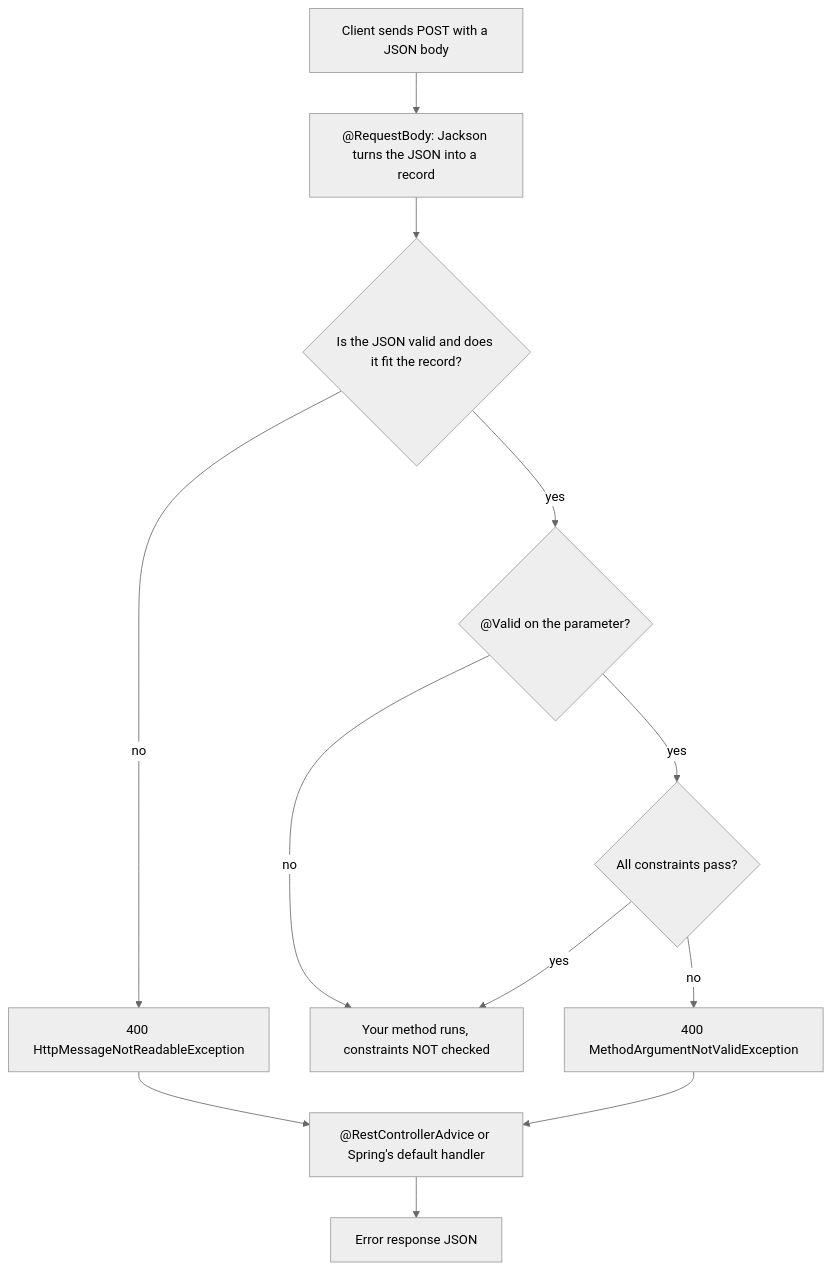
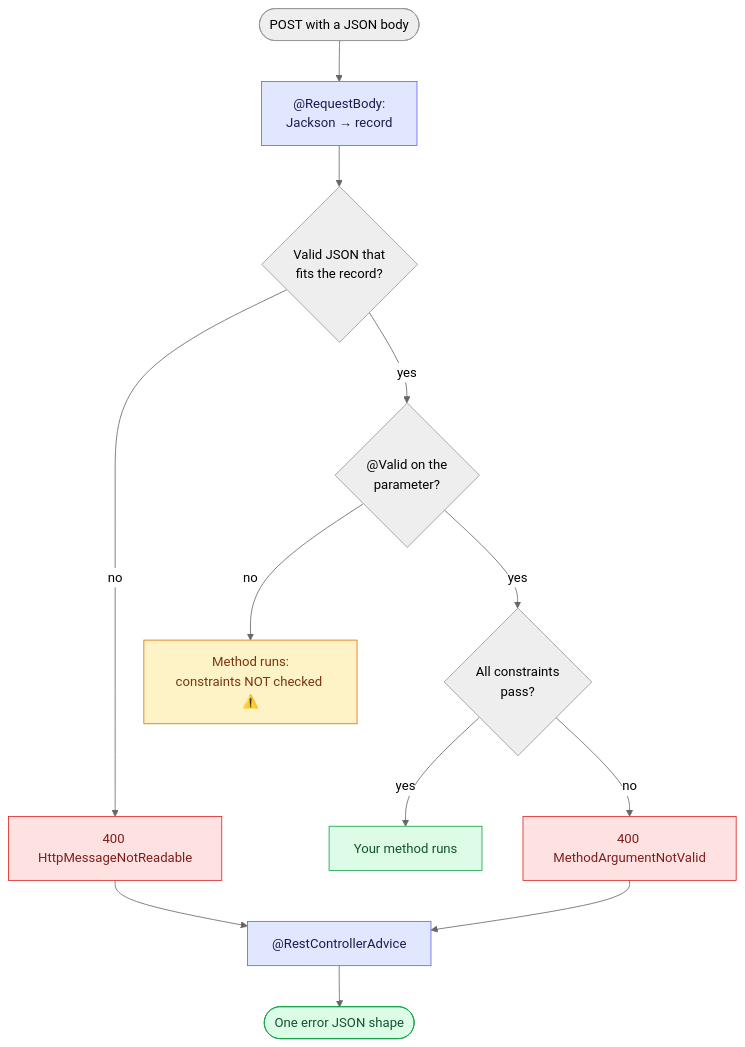
Before and after one commit to Sriram-Karthick-k/progress-tracker: the second of 2 diagrams in content/notes/spring-boot-system-design/01-spring-boot-basics/validation-and-error-handling.md, drawn with Mermaid (neutral theme). The commit also changed other lines of this file and 18 other files, not shown here.

````diff
--- a/content/notes/spring-boot-system-design/01-spring-boot-basics/validation-and-error-handling.md
+++ b/content/notes/spring-boot-system-design/01-spring-boot-basics/validation-and-error-handling.md
@@ -7,14 +40,18 @@
 ```mermaid
 flowchart TD
-  A["Client sends POST with a JSON body"] --> B["@RequestBody: Jackson turns the JSON into a record"]
-  B --> C{"Is the JSON valid and does it fit the record?"}
-  C -->|no| X1["400 HttpMessageNotReadableException"]
-  C -->|yes| D{"@Valid on the parameter?"}
-  D -->|no| M["Your method runs, constraints NOT checked"]
-  D -->|yes| V{"All constraints pass?"}
-  V -->|yes| M
-  V -->|no| X2["400 MethodArgumentNotValidException"]
-  X1 --> H["@RestControllerAdvice or Spring's default handler"]
+  A(["POST with a JSON body"]) --> B["@RequestBody:<br/>Jackson → record"]:::step
+  B --> C{"Valid JSON that<br/>fits the record?"}
+  C -->|no| X1["400 HttpMessageNotReadable"]:::bad
+  C -->|yes| D{"@Valid on the<br/>parameter?"}
+  D -->|no| M0["Method runs:<br/>constraints NOT checked ⚠️"]:::warn
+  D -->|yes| V{"All constraints<br/>pass?"}
+  V -->|yes| M["Your method runs"]:::good
+  V -->|no| X2["400 MethodArgumentNotValid"]:::bad
+  X1 --> H["@RestControllerAdvice"]:::step
   X2 --> H
-  H --> R["Error response JSON"]
+  H --> R(["One error JSON shape"]):::good
+  classDef step fill:#e0e7ff,stroke:#6366f1,color:#1e1b4b
+  classDef good fill:#dcfce7,stroke:#16a34a,color:#14532d
+  classDef warn fill:#fef3c7,stroke:#d97706,color:#78350f
+  classDef bad fill:#fee2e2,stroke:#dc2626,color:#7f1d1d
 ```
````
